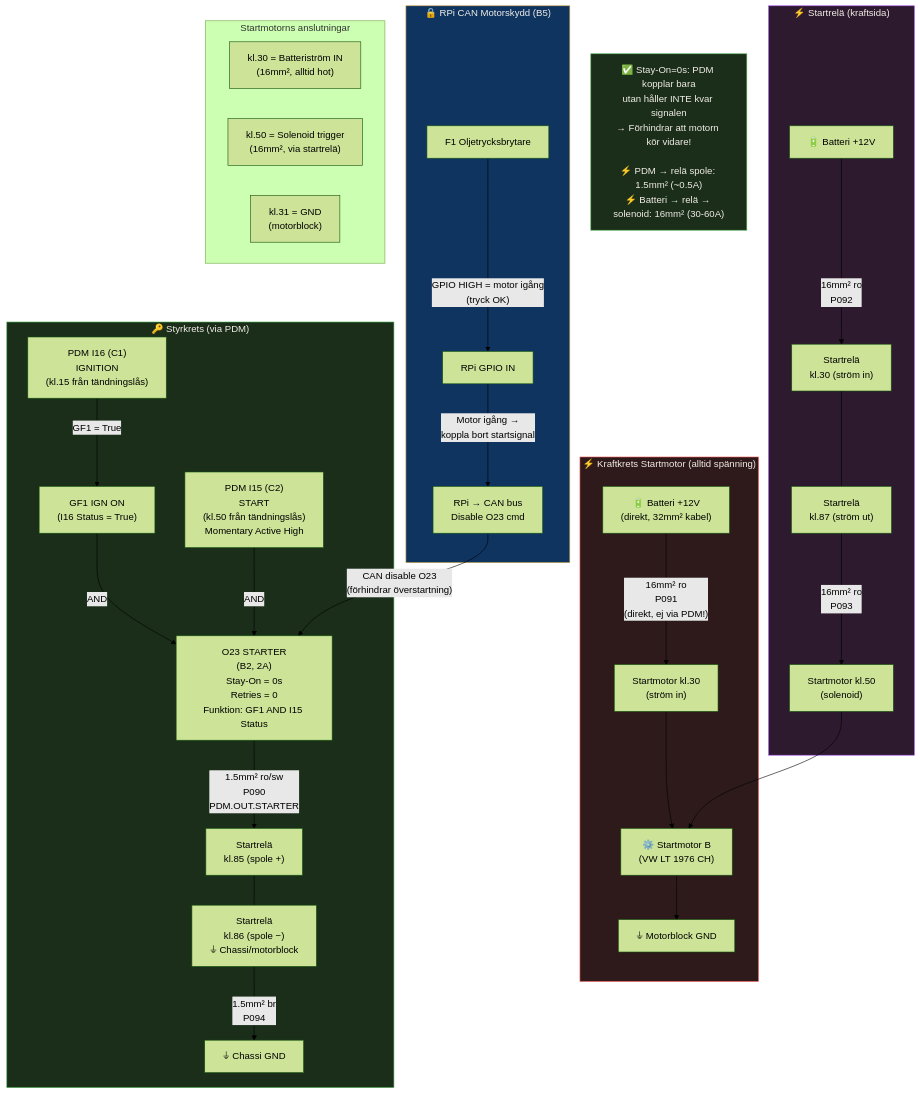
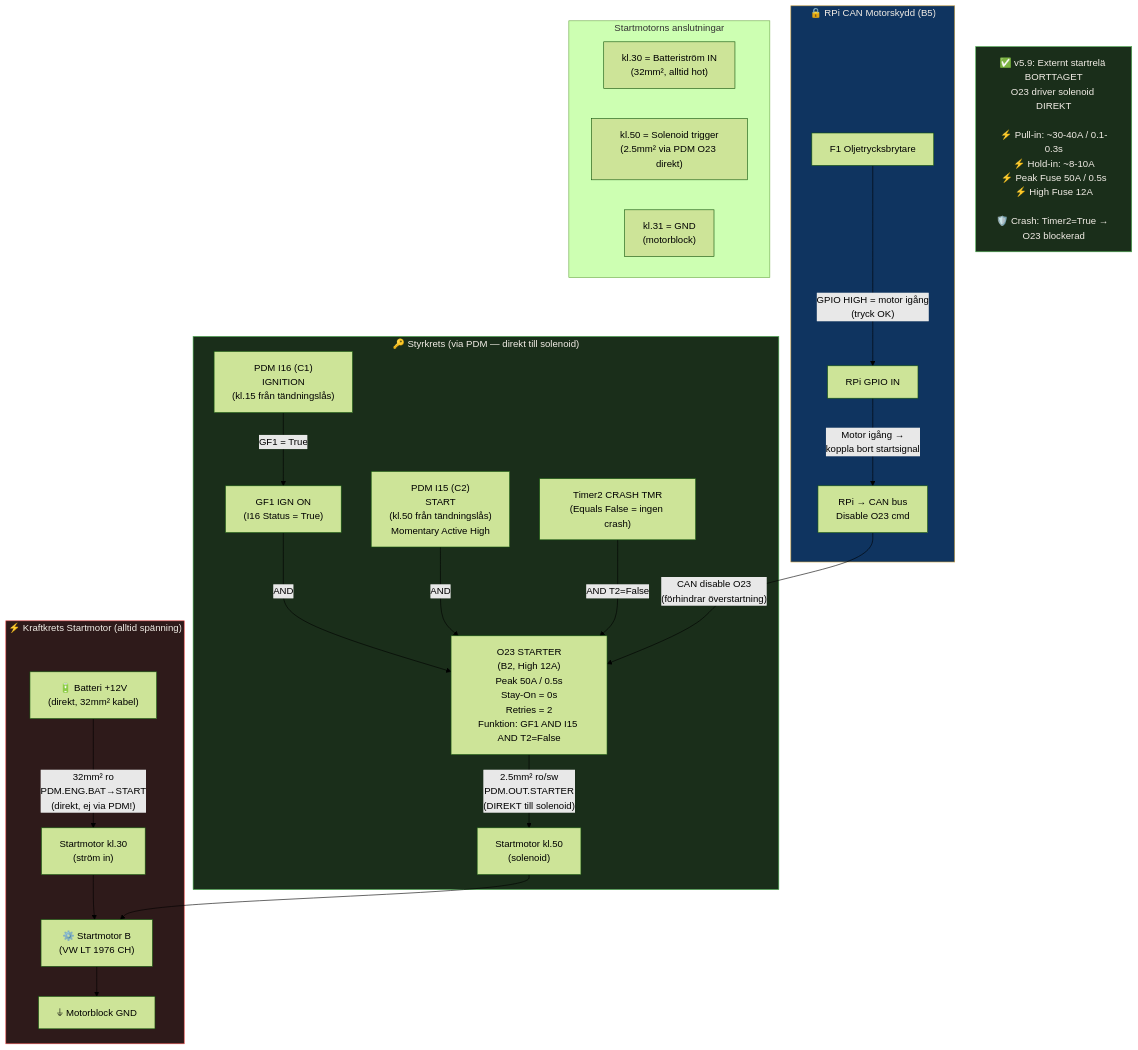
Before and after one commit to joelkvarnsmyr/hwpdm-project: the diagram in ELTON_PDM25V2_KOMPLETT_v5.6b/diagrams/pdm25_11_starter.mermaid, drawn with Mermaid (forest theme). The commit also changed 24 other files, not shown here.

```diff
--- a/ELTON_PDM25V2_KOMPLETT_v5.6b/diagrams/pdm25_11_starter.mermaid
+++ b/ELTON_PDM25V2_KOMPLETT_v5.6b/diagrams/pdm25_11_starter.mermaid
@@ -1,61 +1,48 @@
 flowchart TD
     subgraph POWER_PATH["⚡ Kraftkrets Startmotor (alltid spänning)"]
         BAT["🔋 Batteri +12V\n(direkt, 32mm² kabel)"]
         STARTER_30["Startmotor kl.30\n(ström in)"]
         STARTER_MAIN["⚙️ Startmotor B\n(VW LT 1976 CH)"]
 
-        BAT -->|"16mm² ro\nP091\n(direkt, ej via PDM!)"| STARTER_30
+        BAT -->|"32mm² ro\nPDM.ENG.BAT→START\n(direkt, ej via PDM!)"| STARTER_30
         STARTER_30 --> STARTER_MAIN --> GND_ST["⏚ Motorblock GND"]
     end
 
-    subgraph RELAY_PATH["⚡ Startrelä (kraftsida)"]
-        BAT_RELAY["🔋 Batteri +12V"]
-        RELAY_30["Startrelä\nkl.30 (ström in)"]
-        RELAY_87["Startrelä\nkl.87 (ström ut)"]
-        SOLENOID["Startmotor kl.50\n(solenoid)"]
-
-        BAT_RELAY -->|"16mm² ro\nP092"| RELAY_30
-        RELAY_30 --- RELAY_87
-        RELAY_87 -->|"16mm² ro\nP093"| SOLENOID
-        SOLENOID --> STARTER_MAIN
-    end
-
-    subgraph CTRL_PATH["🔑 Styrkrets (via PDM)"]
+    subgraph CTRL_PATH["🔑 Styrkrets (via PDM — direkt till solenoid)"]
         GF1["GF1 IGN ON\n(I16 Status = True)"]
+        T2["Timer2 CRASH TMR\n(Equals False = ingen crash)"]
         I16["PDM I16 (C1)\nIGNITION\n(kl.15 från tändningslås)"]
         I15["PDM I15 (C2)\nSTART\n(kl.50 från tändningslås)\nMomentary Active High"]
-        O23["O23 STARTER\n(B2, 2A)\nStay-On = 0s\nRetries = 0\nFunktion: GF1 AND I15 Status"]
-        RELAY_85["Startrelä\nkl.85 (spole +)"]
-        RELAY_86["Startrelä\nkl.86 (spole −)\n⏚ Chassi/motorblock"]
+        O23["O23 STARTER\n(B2, High 12A)\nPeak 50A / 0.5s\nStay-On = 0s\nRetries = 2\nFunktion: GF1 AND I15 AND T2=False"]
+        SOLENOID["Startmotor kl.50\n(solenoid)"]
 
         I16 -->|"GF1 = True"| GF1
         GF1 -->|"AND"| O23
         I15 -->|"AND"| O23
-        O23 -->|"1.5mm² ro/sw\nP090\nPDM.OUT.STARTER"| RELAY_85
-        RELAY_85 --- RELAY_86
-        RELAY_86 -->|"1.5mm² br\nP094"| GND_RELAY["⏚ Chassi GND"]
+        T2 -->|"AND T2=False"| O23
+        O23 -->|"2.5mm² ro/sw\nPDM.OUT.STARTER\n(DIREKT till solenoid)"| SOLENOID
+        SOLENOID --> STARTER_MAIN
     end
 
     subgraph RPi_INTERLOCK["🔒 RPi CAN Motorskydd (B5)"]
         F1["F1 Oljetrycksbrytare"]
         RPI_GPIO["RPi GPIO IN"]
         RPI_CAN_DIS["RPi → CAN bus\nDisable O23 cmd"]
 
         F1 -->|"GPIO HIGH = motor igång\n(tryck OK)"| RPI_GPIO
         RPI_GPIO -->|"Motor igång →\nkoppla bort startsignal"| RPI_CAN_DIS
         RPI_CAN_DIS -->|"CAN disable O23\n(förhindrar överstartning)"| O23
     end
 
     subgraph STARTER_TERMINALS["Startmotorns anslutningar"]
-        T30["kl.30 = Batteriström IN\n(16mm², alltid hot)"]
-        T50["kl.50 = Solenoid trigger\n(16mm², via startrelä)"]
+        T30["kl.30 = Batteriström IN\n(32mm², alltid hot)"]
+        T50["kl.50 = Solenoid trigger\n(2.5mm² via PDM O23 direkt)"]
         T31["kl.31 = GND\n(motorblock)"]
     end
 
-    NOTE["✅ Stay-On=0s: PDM kopplar bara\nutan håller INTE kvar signalen\n→ Förhindrar att motorn kör vidare!\n\n⚡ PDM → relä spole: 1.5mm² (~0.5A)\n⚡ Batteri → relä → solenoid: 16mm² (30-60A)"]
+    NOTE["✅ v5.9: Externt startrelä BORTTAGET\nO23 driver solenoid DIREKT\n\n⚡ Pull-in: ~30-40A / 0.1-0.3s\n⚡ Hold-in: ~8-10A\n⚡ Peak Fuse 50A / 0.5s\n⚡ High Fuse 12A\n\n🛡️ Crash: Timer2=True → O23 blockerad"]
 
     style POWER_PATH fill:#2e1a1a,stroke:#ef5350,color:#f2ede6
-    style RELAY_PATH fill:#2e1a2e,stroke:#a855f7,color:#f2ede6
     style CTRL_PATH fill:#1a2e1a,stroke:#4caf50,color:#f2ede6
     style RPi_INTERLOCK fill:#0f3460,stroke:#c9a144,color:#f2ede6
     style NOTE fill:#1a2e1a,stroke:#4caf50,color:#f2ede6
```
